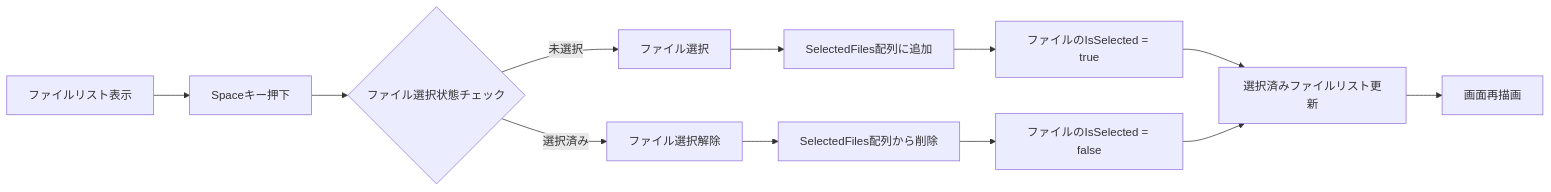
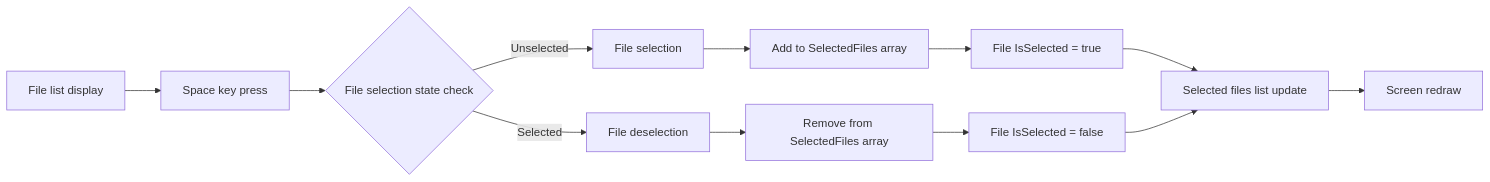
Before and after one commit to tom555-555/tuimv: the fifth of 10 diagrams in docs/architecture-diagrams.md, drawn with Mermaid. The commit also changed other lines of this file and 3 other files, not shown here.

````diff
--- a/docs/architecture-diagrams.md
+++ b/docs/architecture-diagrams.md
@@ -162,17 +164,17 @@
 ```mermaid
 flowchart LR
-    A[ファイルリスト表示] --> B[Spaceキー押下]
-    B --> C{ファイル選択状態チェック}
-    C -->|未選択| D[ファイル選択]
-    C -->|選択済み| E[ファイル選択解除]
+    A[File list display] --> B[Space key press]
+    B --> C{File selection state check}
+    C -->|Unselected| D[File selection]
+    C -->|Selected| E[File deselection]
     
-    D --> F[SelectedFiles配列に追加]
-    F --> G[ファイルのIsSelected = true]
-    G --> H[選択済みファイルリスト更新]
+    D --> F[Add to SelectedFiles array]
+    F --> G[File IsSelected = true]
+    G --> H[Selected files list update]
     
-    E --> I[SelectedFiles配列から削除]
-    I --> J[ファイルのIsSelected = false]
+    E --> I[Remove from SelectedFiles array]
+    I --> J[File IsSelected = false]
     J --> H
     
-    H --> K[画面再描画]
+    H --> K[Screen redraw]
 ```
````
